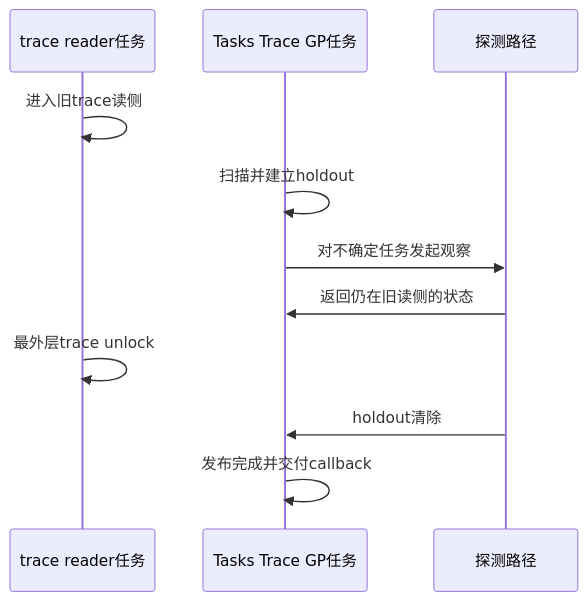
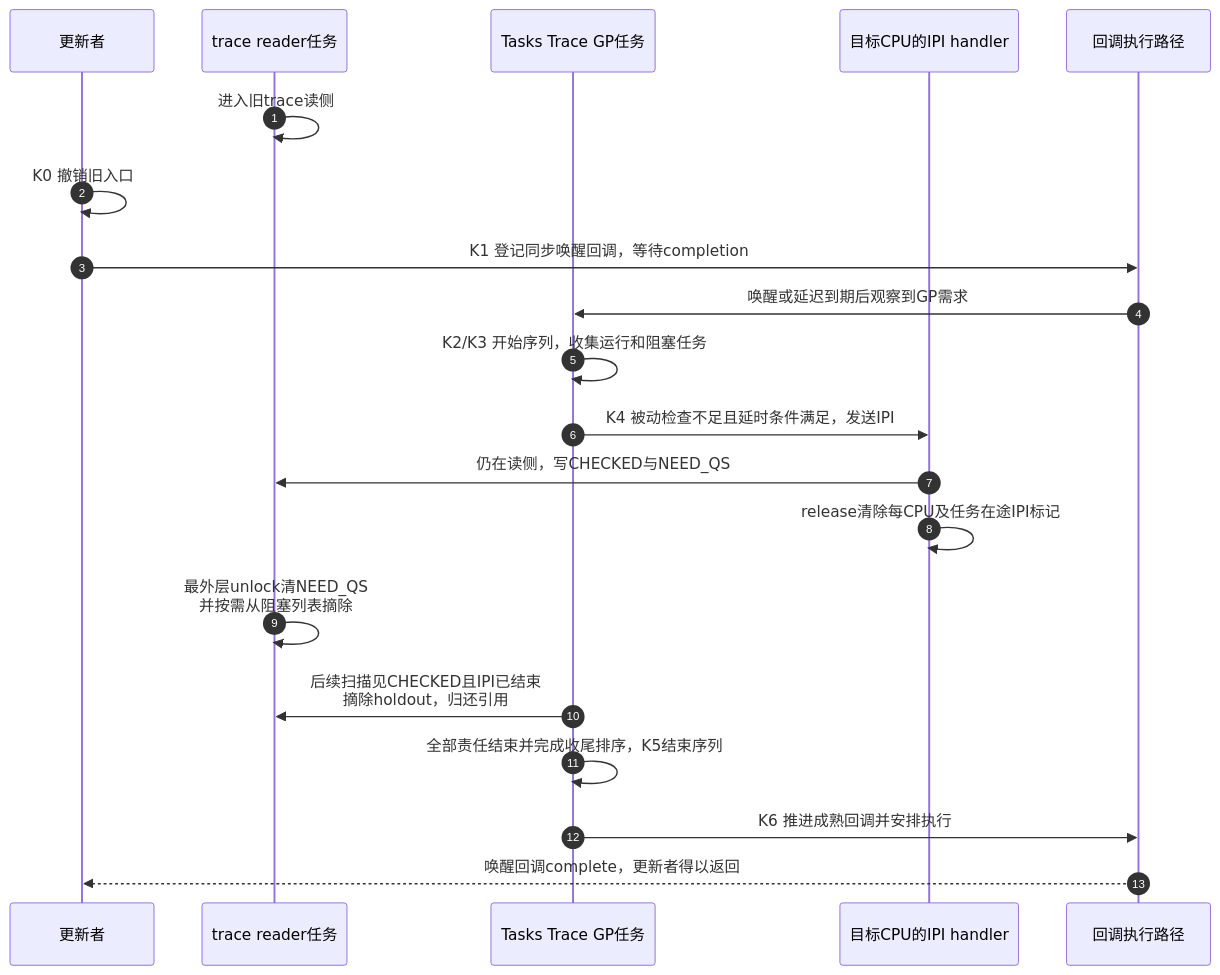
One commit to FormingSystem/linux_note changed the second of 2 diagrams in research/source_reading/rcu/navigation/P10_Linux_6.12_Tasks_RCU模块源码概念导读.md. Above: the diagram before and after it, drawn with Mermaid. The commit also changed other lines of this file and 1 other file, not shown here.

````diff
--- a/research/source_reading/rcu/navigation/P10_Linux_6.12_Tasks_RCU模块源码概念导读.md
+++ b/research/source_reading/rcu/navigation/P10_Linux_6.12_Tasks_RCU模块源码概念导读.md
@@ -61,14 +95,23 @@
 ```mermaid
 sequenceDiagram
+    autonumber
+    participant W as 更新者
     participant R as trace reader任务
     participant G as Tasks Trace GP任务
-    participant P as 探测路径
+    participant P as 目标CPU的IPI handler
+    participant Q as 回调执行路径
 
     R->>R: 进入旧trace读侧
-    G->>G: 扫描并建立holdout
-    G->>P: 对不确定任务发起观察
-    P->>G: 返回仍在旧读侧的状态
-    R->>R: 最外层trace unlock
-    P->>G: holdout清除
-    G->>G: 发布完成并交付callback
+    W->>W: K0 撤销旧入口
+    W->>Q: K1 登记同步唤醒回调，等待completion
+    Q->>G: 唤醒或延迟到期后观察到GP需求
+    G->>G: K2/K3 开始序列，收集运行和阻塞任务
+    G->>P: K4 被动检查不足且延时条件满足，发送IPI
+    P->>R: 仍在读侧，写CHECKED与NEED_QS
+    P->>P: release清除每CPU及任务在途IPI标记
+    R->>R: 最外层unlock清NEED_QS<br/>并按需从阻塞列表摘除
+    G->>R: 后续扫描见CHECKED且IPI已结束<br/>摘除holdout，归还引用
+    G->>G: 全部责任结束并完成收尾排序，K5结束序列
+    G->>Q: K6 推进成熟回调并安排执行
+    Q-->>W: 唤醒回调complete，更新者得以返回
 ```
````
